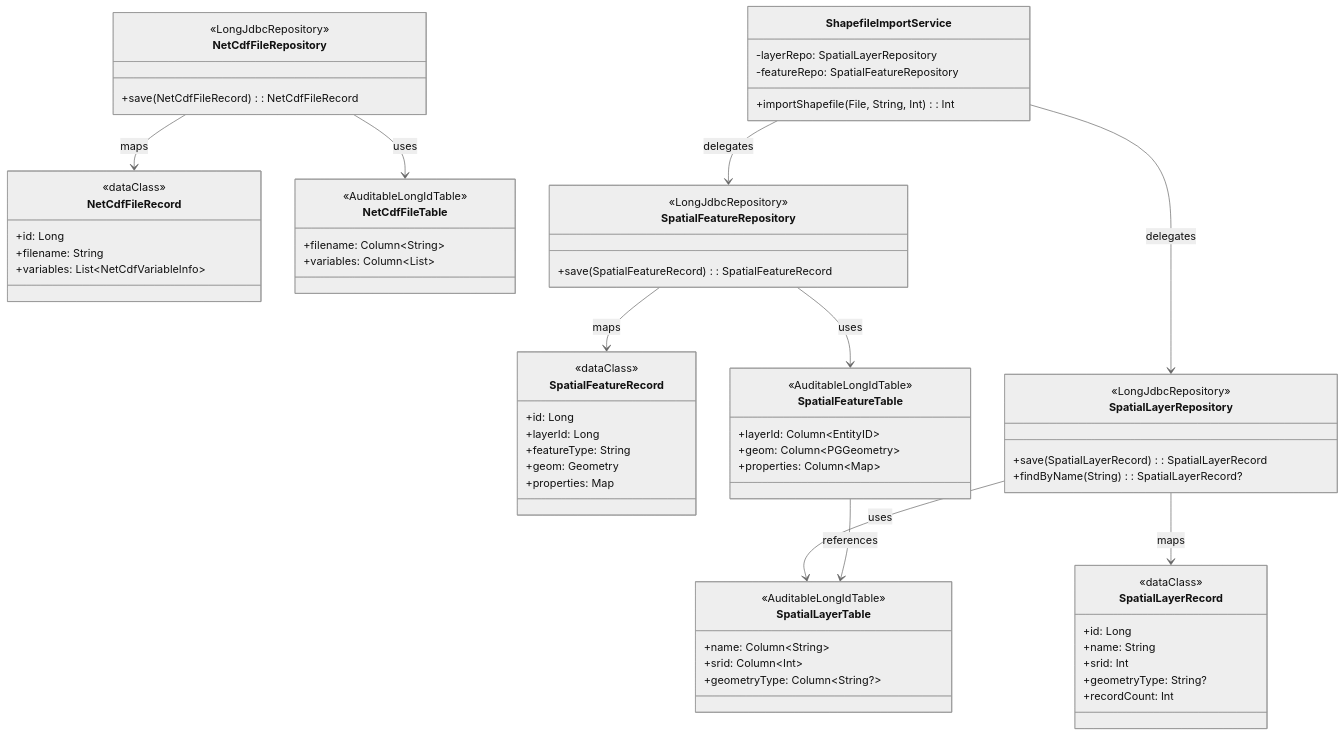
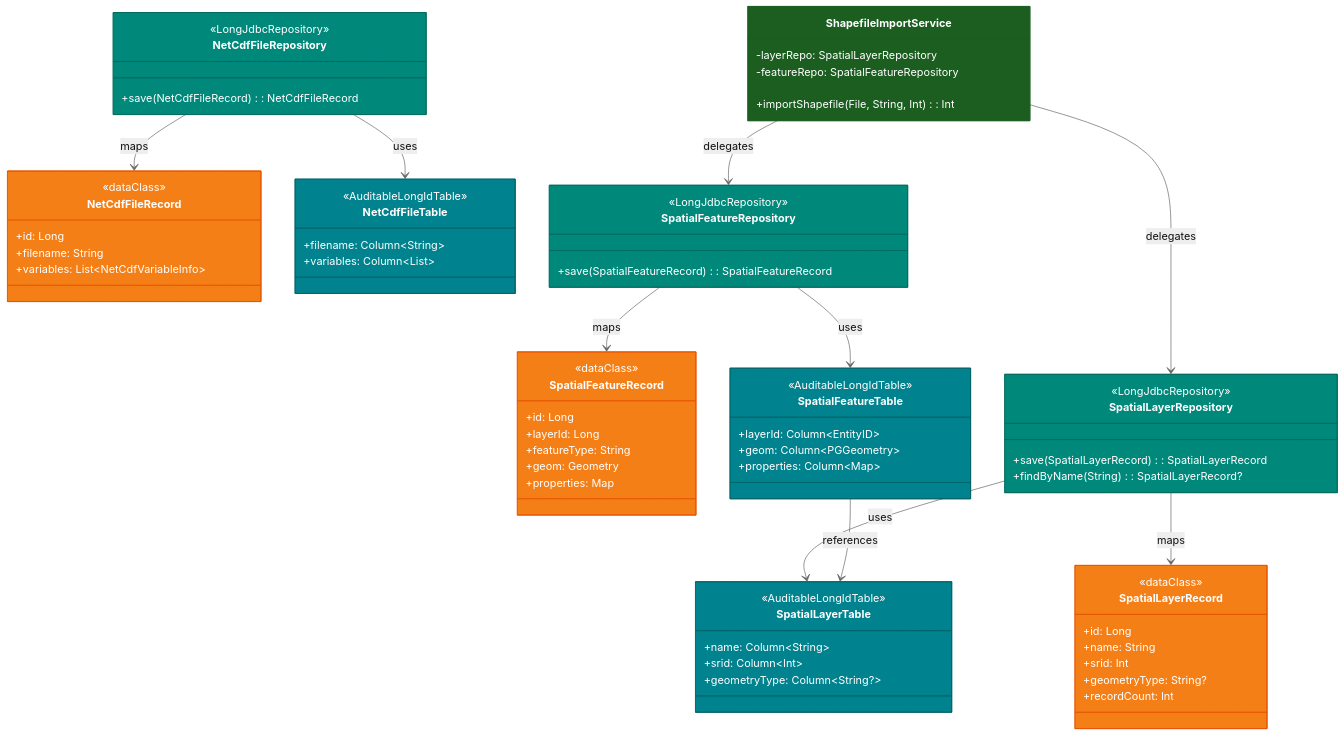
Before and after one commit to bluetape4k/bluetape4k-projects: the first of 4 diagrams in utils/science/README.ko.md, drawn with Mermaid (neutral theme). The commit also changed other lines of this file and 221 other files, not shown here.

First line of the commit message:
docs: 전체 모듈 README UML 다이어그램 보강 및 색상 업그레이드

````diff
--- a/utils/science/README.ko.md
+++ b/utils/science/README.ko.md
@@ -169,5 +169,15 @@
     ShapefileImportService --> SpatialFeatureRepository : delegates
     SpatialFeatureTable --> SpatialLayerTable : references
 
+    style SpatialLayerRecord fill:#F57F17,stroke:#E65100,color:#FFFFFF
+    style SpatialFeatureRecord fill:#F57F17,stroke:#E65100,color:#FFFFFF
+    style NetCdfFileRecord fill:#F57F17,stroke:#E65100,color:#FFFFFF
+    style SpatialLayerTable fill:#00838F,stroke:#006064,color:#FFFFFF
+    style SpatialFeatureTable fill:#00838F,stroke:#006064,color:#FFFFFF
+    style NetCdfFileTable fill:#00838F,stroke:#006064,color:#FFFFFF
+    style SpatialLayerRepository fill:#00897B,stroke:#00695C,color:#FFFFFF
+    style SpatialFeatureRepository fill:#00897B,stroke:#00695C,color:#FFFFFF
+    style NetCdfFileRepository fill:#00897B,stroke:#00695C,color:#FFFFFF
+    style ShapefileImportService fill:#1B5E20,stroke:#1B5E20,color:#FFFFFF
 
 ```
````
